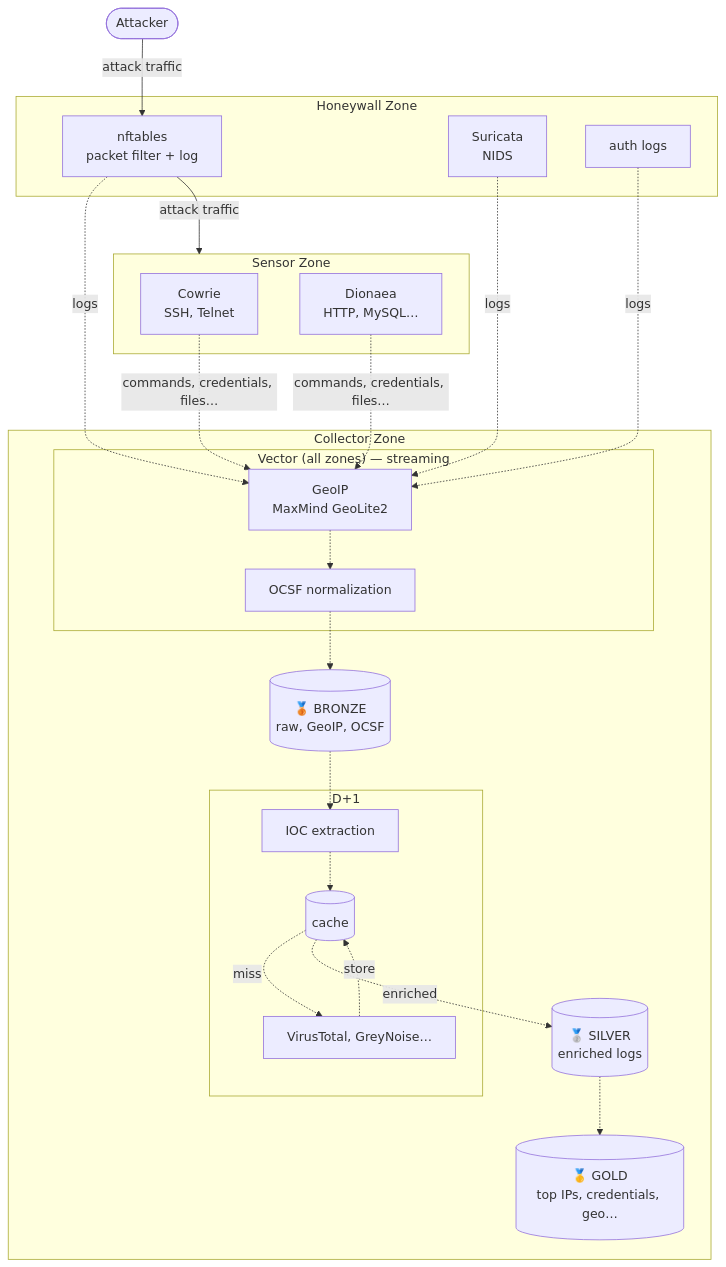
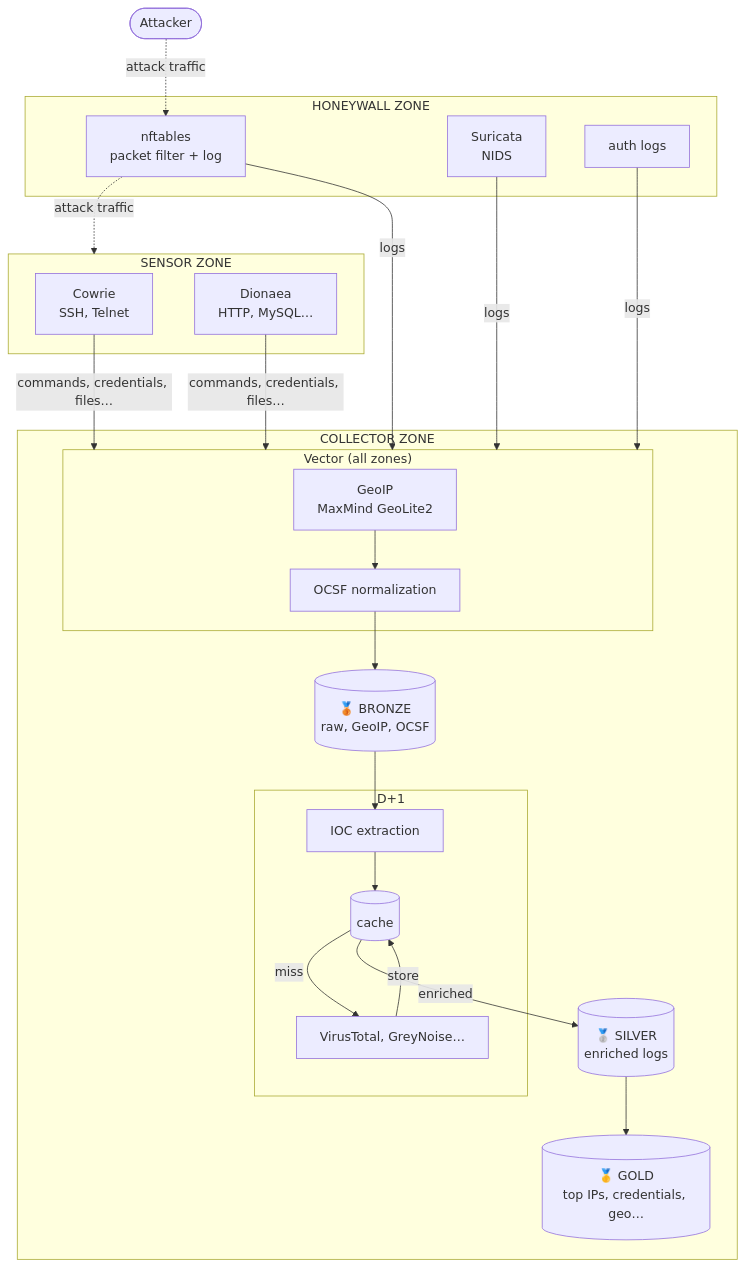
The diagram in log/lantana-1-honeypot-as-code/index.qmd (lopes/lopes.id), drawn with Mermaid before and after one commit. The commit also changed other lines of this file, not shown here.

Commit message:
post: revised

````diff
--- a/log/lantana-1-honeypot-as-code/index.qmd
+++ b/log/lantana-1-honeypot-as-code/index.qmd
@@ -75,38 +75,38 @@
 ```{mermaid}
 flowchart TD
   ATK(["Attacker"])
 
-  subgraph HWZ["Honeywall Zone"]
+  subgraph HWZ["HONEYWALL ZONE"]
   NFT["nftables<br/>packet filter + log"]
   SUR["Suricata<br/>NIDS"]
   AUTH["auth logs"]
   end
 
-  subgraph SENS["Sensor Zone"]
+  subgraph SENS["SENSOR ZONE"]
   COW["Cowrie<br/>SSH, Telnet"]
   DIO["Dionaea<br/>HTTP, MySQL…"]
   end
 
-  subgraph CLZ["Collector Zone"]
-  subgraph STREAM["Vector (all zones) — streaming"]
-    GEO["GeoIP<br/>MaxMind GeoLite2"] -.-> NRM["OCSF normalization"]
+  subgraph CLZ["COLLECTOR ZONE"]
+  subgraph STREAM["Vector (all zones)"]
+    GEO["GeoIP<br/>MaxMind GeoLite2"] --> NRM["OCSF normalization"]
   end
   BRZ[("🥉 BRONZE<br/>raw, GeoIP, OCSF")]
   subgraph BATCH["D+1"]
-    IOC["IOC extraction"] -.-> CACHE[("cache")]
-    CACHE -. "miss" .-> EXT["VirusTotal, GreyNoise…"]
-    EXT -. "store" .-> CACHE
+    IOC["IOC extraction"] --> CACHE[("cache")]
+    CACHE -- "miss" --> EXT["VirusTotal, GreyNoise…"]
+    EXT -- "store" --> CACHE
   end
   SLV[("🥈 SILVER<br/>enriched logs")]
   GLD[("🥇 GOLD<br/>top IPs, credentials, geo…")]
 
-  NRM -.-> BRZ -.-> IOC
-  CACHE -. "enriched" .-> SLV -.-> GLD
+  NRM --> BRZ --> IOC
+  CACHE -- "enriched" --> SLV --> GLD
   end
 
-  ATK -- "attack traffic" --> NFT
-  NFT -- "attack traffic" --> SENS
+  ATK -. "attack traffic" .-> NFT
+  NFT -. "attack traffic" .-> SENS
 
-  NFT & SUR & AUTH -. "logs" .-> GEO
-  COW & DIO -. "commands, credentials, files…" .-> GEO
+  NFT & SUR & AUTH -- "logs" --> STREAM
+  COW & DIO -- "commands, credentials, files…" --> STREAM
 ```
````
